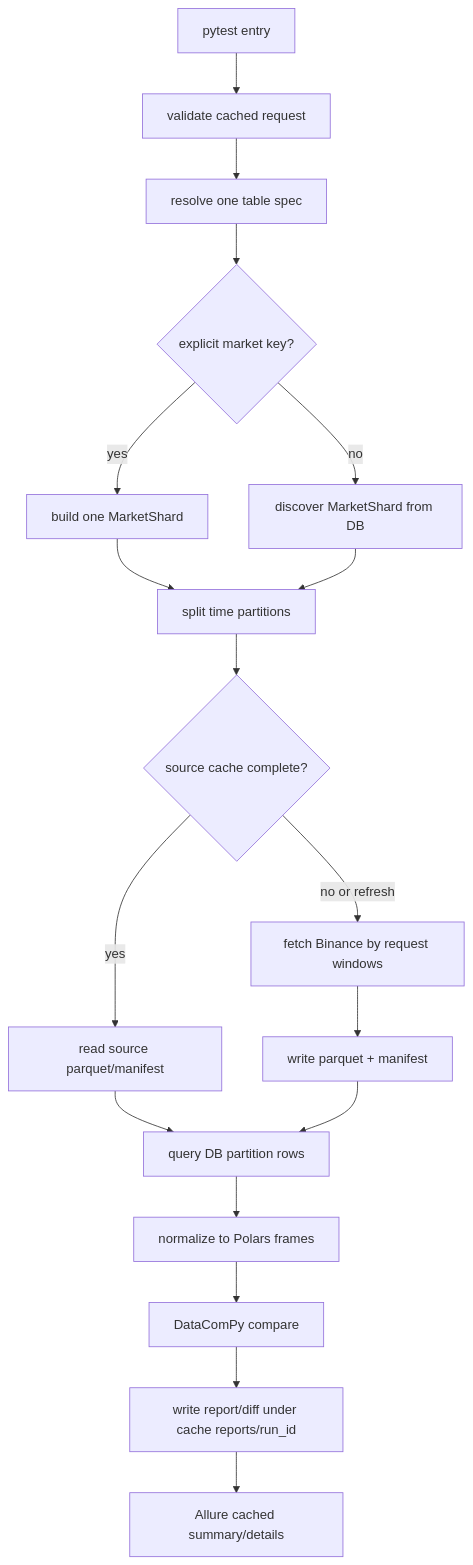
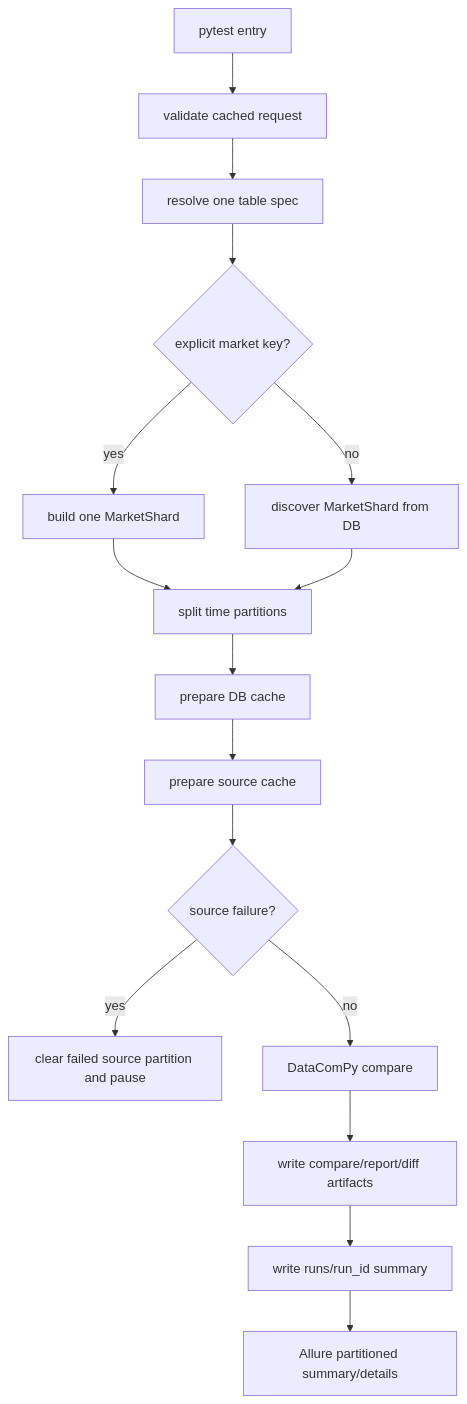
Before and after one commit to qq1095246118/QuestTest: the second of 2 diagrams in docs/binance_db_accuracy_validation.md, drawn with Mermaid. The commit also changed other lines of this file, not shown here.

Commit message:
docs: describe partitioned db accuracy runner

````diff
--- a/docs/binance_db_accuracy_validation.md
+++ b/docs/binance_db_accuracy_validation.md
@@ -784,20 +856,18 @@
 ```mermaid
 flowchart TD
   A["pytest entry"] --> B["validate cached request"]
   B --> C["resolve one table spec"]
   C --> D{"explicit market key?"}
   D -->|"yes"| E["build one MarketShard"]
   D -->|"no"| F["discover MarketShard from DB"]
   E --> G["split time partitions"]
   F --> G
-  G --> H{"source cache complete?"}
-  H -->|"yes"| I["read source parquet/manifest"]
-  H -->|"no or refresh"| J["fetch Binance by request windows"]
-  J --> K["write parquet + manifest"]
-  I --> L["query DB partition rows"]
-  K --> L
-  L --> M["normalize to Polars frames"]
-  M --> N["DataComPy compare"]
-  N --> O["write report/diff under cache reports/run_id"]
-  O --> P["Allure cached summary/details"]
+  G --> H["prepare DB cache"]
+  H --> I["prepare source cache"]
+  I --> J{"source failure?"}
+  J -->|"yes"| K["clear failed source partition and pause"]
+  J -->|"no"| L["DataComPy compare"]
+  L --> M["write compare/report/diff artifacts"]
+  M --> N["write runs/run_id summary"]
+  N --> O["Allure partitioned summary/details"]
 ```
````
